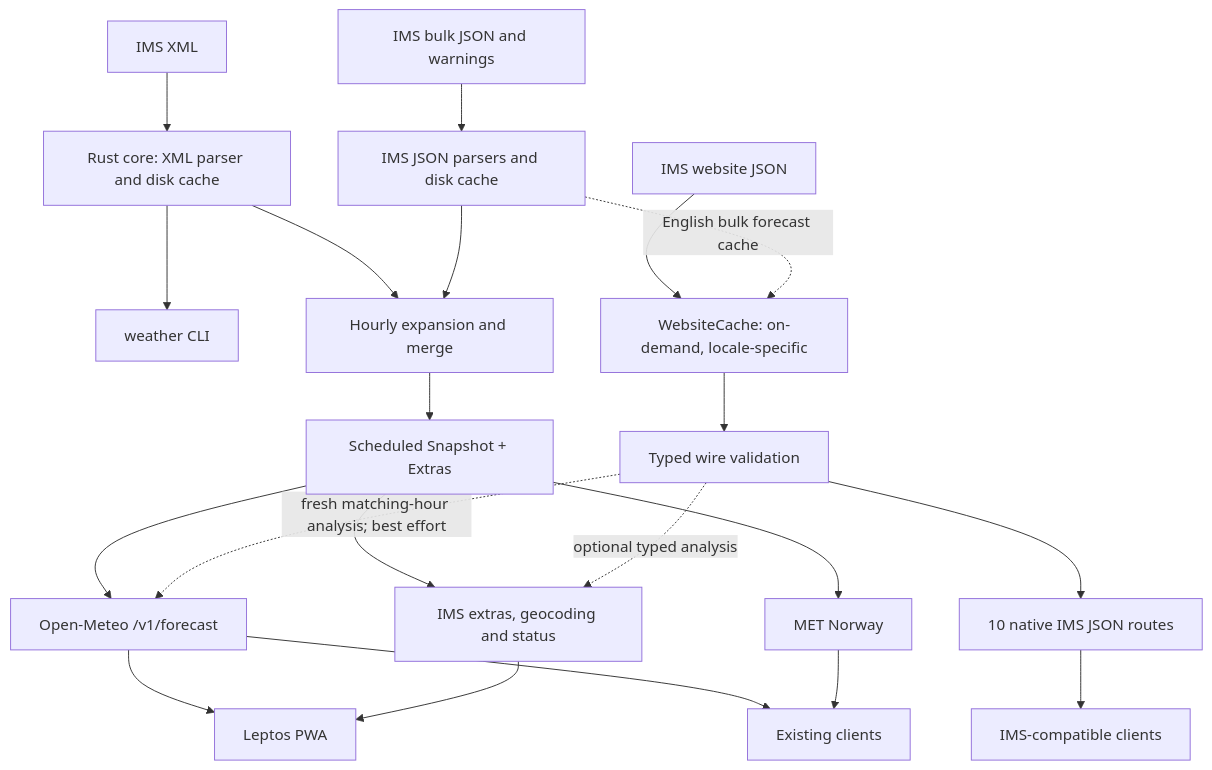
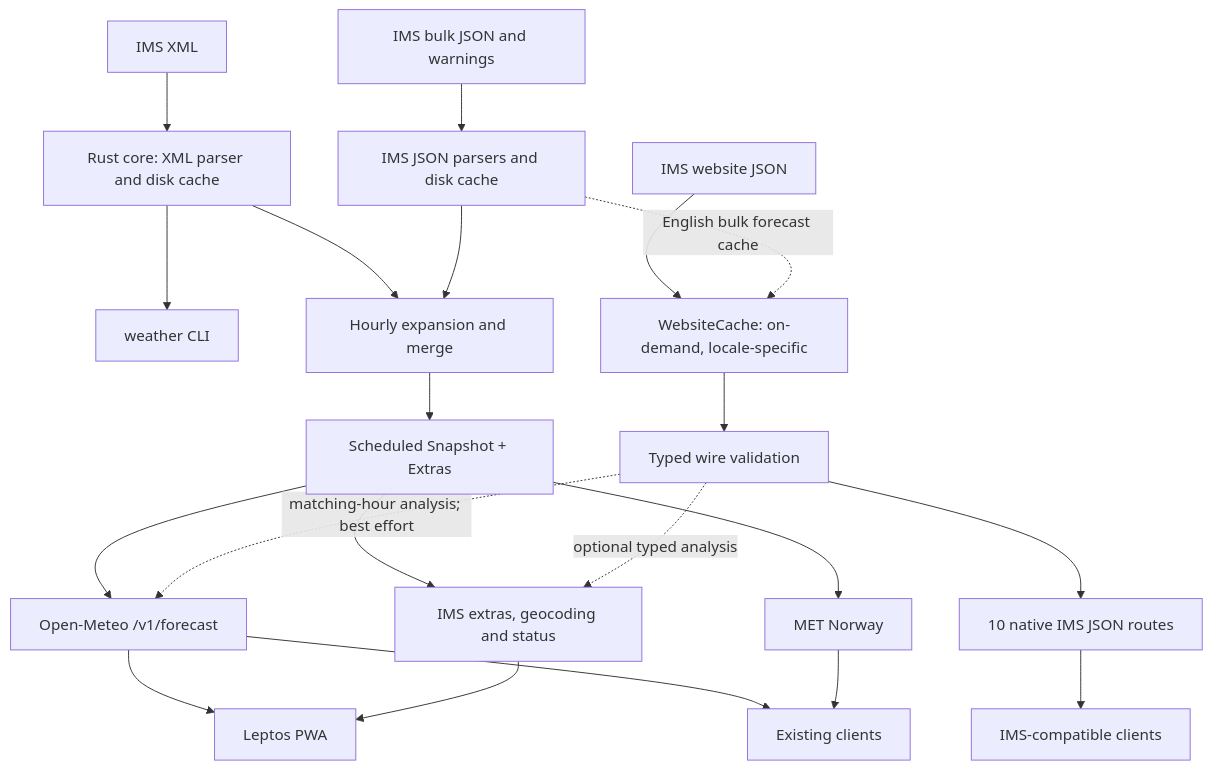
The first of 3 diagrams in docs/architecture-spec.md (barakplasma/israel-weather-rs), drawn with Mermaid before and after one commit. The commit also changed other lines of this file and 3 other files, not shown here.

````diff
--- a/docs/architecture-spec.md
+++ b/docs/architecture-spec.md
@@ -13,23 +13,23 @@
 ```mermaid
 flowchart TD
     XML["IMS XML"] --> Core["Rust core: XML parser and disk cache"]
     JSON["IMS bulk JSON and warnings"] --> Parsers["IMS JSON parsers and disk cache"]
     Core --> CLI["weather CLI"]
     Core --> Merge["Hourly expansion and merge"]
     Parsers --> Merge
     Merge --> Snapshot["Scheduled Snapshot + Extras"]
     Snapshot --> OM["Open-Meteo /v1/forecast"]
     Snapshot --> MET["MET Norway"]
     Snapshot --> API["IMS extras, geocoding and status"]
     Website["IMS website JSON"] --> Cache["WebsiteCache: on-demand, locale-specific"]
     Parsers -. "English bulk forecast cache" .-> Cache
     Cache --> Models["Typed wire validation"]
     Models --> Native["10 native IMS JSON routes"]
-    Models -. "fresh matching-hour analysis; best effort" .-> OM
+    Models -. "matching-hour analysis; best effort" .-> OM
     Models -. "optional typed analysis" .-> API
     OM --> PWA["Leptos PWA"]
     API --> PWA
     OM --> Clients["Existing clients"]
     MET --> Clients
     Native --> NativeClients["IMS-compatible clients"]
 ```
````
